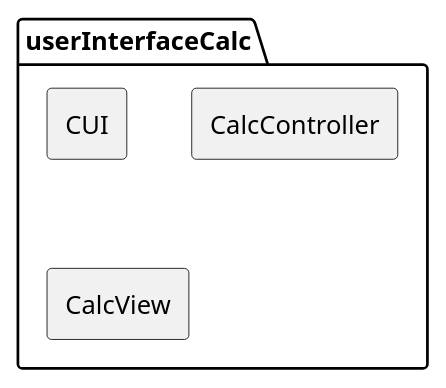
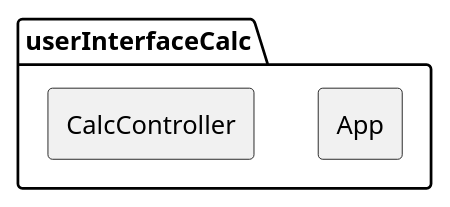
The diagram in CalcolatriceProgrammabile/Diagrams/Package Diagrams/UIPD.puml (LuciaNancyLavista/Gruppo06_software_eng_L.I.V.P), drawn with PlantUML before and after one commit. The commit also changed 6 other files, not shown here.

First line of the commit message:
Update Diagrams

```diff
--- a/CalcolatriceProgrammabile/Diagrams/Package Diagrams/UIPD.puml
+++ b/CalcolatriceProgrammabile/Diagrams/Package Diagrams/UIPD.puml
@@ -1,7 +1,6 @@
 @startuml
 package userInterfaceCalc{
-agent CUI
+agent App
 agent CalcController
-agent CalcView
 }
 @enduml
```
